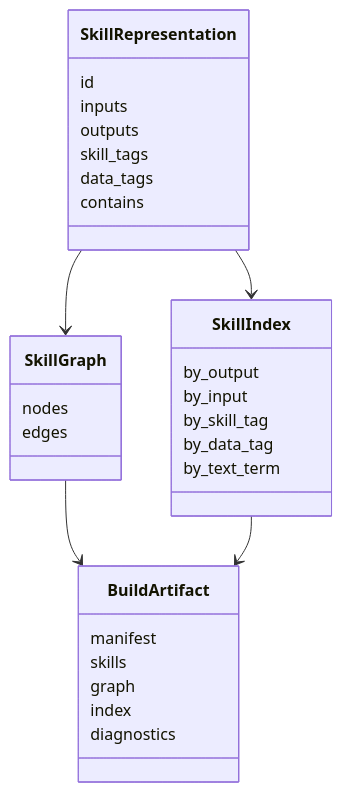
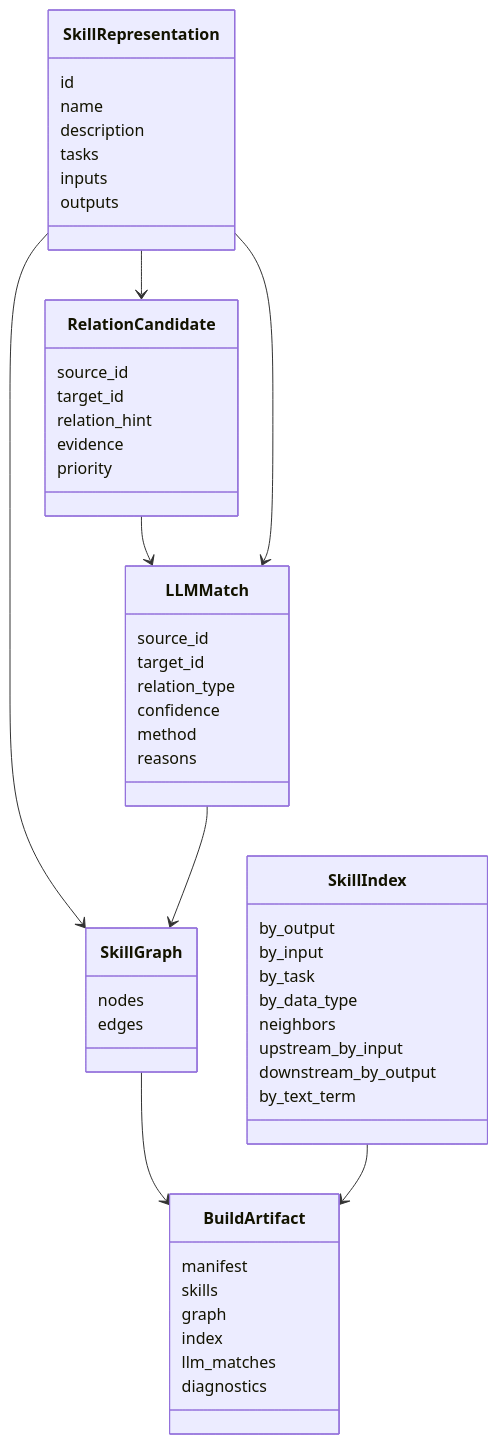
One commit to xiao-yu-lin/SkillMash changed the first of 2 diagrams in docs/modules/offline-graph-construction.md. Above: the diagram before and after it, drawn with Mermaid. The commit also changed other lines of this file and 16 other files, not shown here.

Commit message:
Add build_dir support for loading graph UI

````diff
--- a/docs/modules/offline-graph-construction.md
+++ b/docs/modules/offline-graph-construction.md
@@ -59,37 +81,61 @@
 ```mermaid
 classDiagram
   class SkillRepresentation {
     id
+    name
+    description
+    tasks
     inputs
     outputs
-    skill_tags
-    data_tags
-    contains
+  }
+
+  class LLMMatch {
+    source_id
+    target_id
+    relation_type
+    confidence
+    method
+    reasons
+  }
+
+  class RelationCandidate {
+    source_id
+    target_id
+    relation_hint
+    evidence
+    priority
   }
 
   class SkillGraph {
     nodes
     edges
   }
 
   class SkillIndex {
     by_output
     by_input
-    by_skill_tag
-    by_data_tag
+    by_task
+    by_data_type
+    neighbors
+    upstream_by_input
+    downstream_by_output
     by_text_term
   }
 
   class BuildArtifact {
     manifest
     skills
     graph
     index
+    llm_matches
     diagnostics
   }
 
   SkillRepresentation --> SkillGraph
-  SkillRepresentation --> SkillIndex
+  SkillRepresentation --> RelationCandidate
+  RelationCandidate --> LLMMatch
+  SkillRepresentation --> LLMMatch
+  LLMMatch --> SkillGraph
   SkillGraph --> BuildArtifact
   SkillIndex --> BuildArtifact
 ```
````
